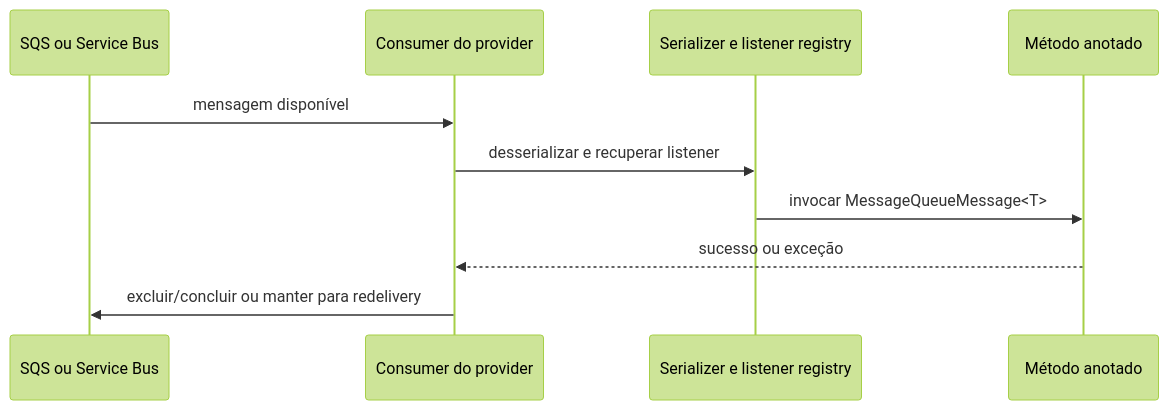
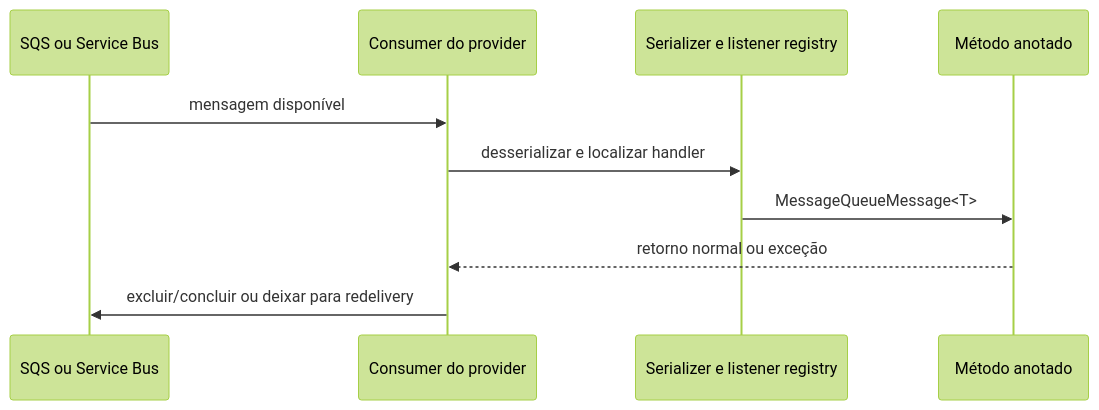
Before and after one commit to BrunoBS/platform-libraries: the third of 3 diagrams in modules/platform-message-queue/docs/architecture.md, drawn with Mermaid (forest theme). The commit also changed other lines of this file, not shown here.

Commit message:
Document message queue flow contracts

````diff
--- a/modules/platform-message-queue/docs/architecture.md
+++ b/modules/platform-message-queue/docs/architecture.md
@@ -190,12 +221,12 @@
 ```mermaid
 sequenceDiagram
     participant Broker as SQS ou Service Bus
     participant Consumer as Consumer do provider
     participant Shared as Serializer e listener registry
     participant App as Método anotado
     Broker->>Consumer: mensagem disponível
-    Consumer->>Shared: desserializar e recuperar listener
-    Shared->>App: invocar MessageQueueMessage<T>
-    App-->>Consumer: sucesso ou exceção
-    Consumer->>Broker: excluir/concluir ou manter para redelivery
+    Consumer->>Shared: desserializar e localizar handler
+    Shared->>App: MessageQueueMessage<T>
+    App-->>Consumer: retorno normal ou exceção
+    Consumer->>Broker: excluir/concluir ou deixar para redelivery
 ```
````
